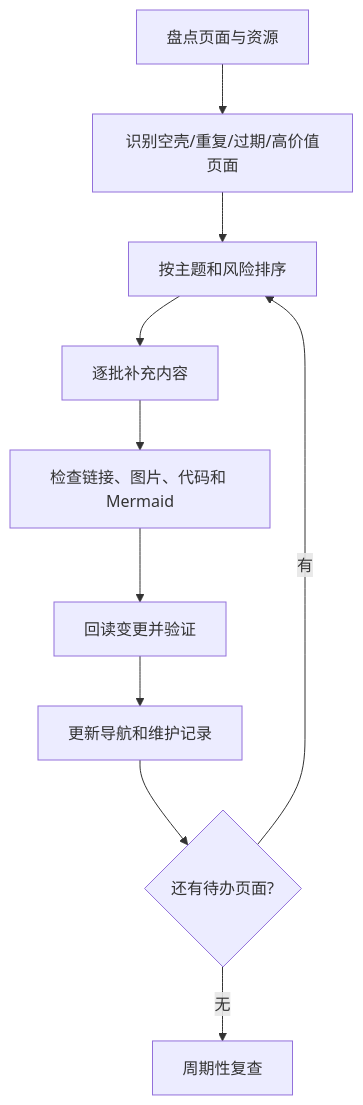
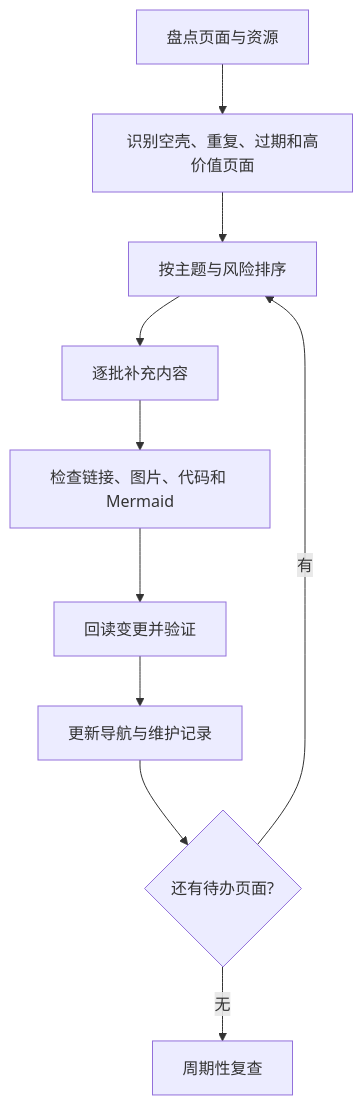
One commit to ilikui/Notes changed the diagram in pages/知识库全量完善计划.md. Above: the diagram before and after it, drawn with Mermaid. The commit also changed other lines of this file and 11 other files, not shown here.

````diff
--- a/pages/知识库全量完善计划.md
+++ b/pages/知识库全量完善计划.md
@@ -15,12 +15,12 @@
 ```mermaid
 flowchart TD
-    A[盘点页面与资源] --> B[识别空壳/重复/过期/高价值页面]
-    B --> C[按主题和风险排序]
+    A[盘点页面与资源] --> B[识别空壳、重复、过期和高价值页面]
+    B --> C[按主题与风险排序]
     C --> D[逐批补充内容]
     D --> E[检查链接、图片、代码和 Mermaid]
     E --> F[回读变更并验证]
-    F --> G[更新导航和维护记录]
+    F --> G[更新导航与维护记录]
     G --> H{还有待办页面?}
     H -- 有 --> C
     H -- 无 --> I[周期性复查]
 ```
````
